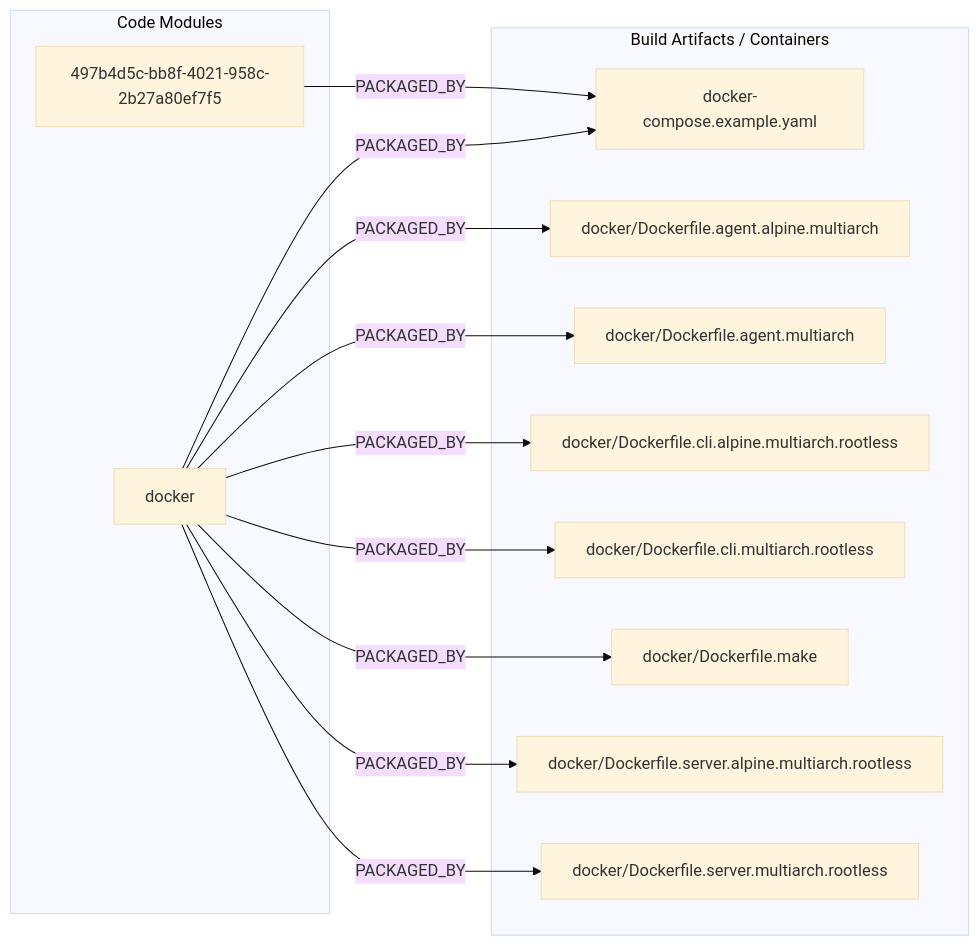
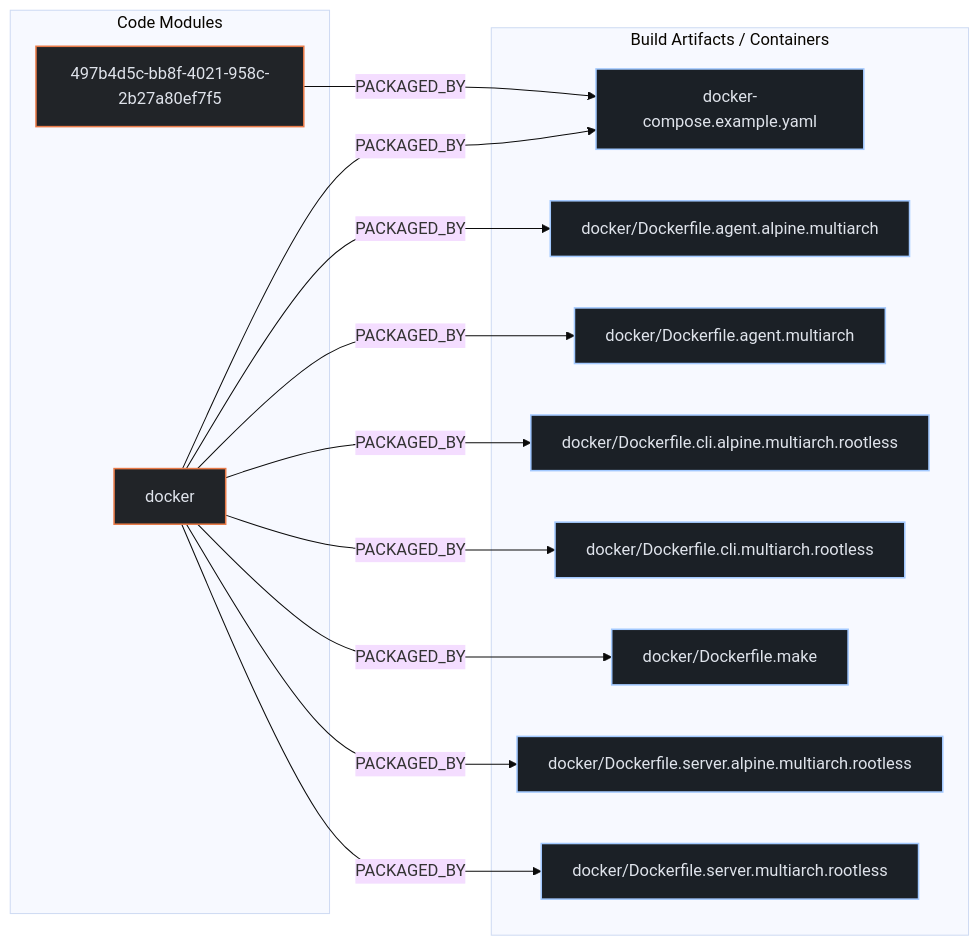
Before and after one commit to kumarshaz/atruss-code-atlas: the second of 3 diagrams in exports/latest/reports/woodpecker-ci-woodpecker-report.md, drawn with Mermaid (base theme). The commit also changed other lines of this file and 331 other files, not shown here.

Commit message:
docs,ui,fix: update SDLC docs, reorder CI/CD DAG first, stylize Mermaid, and fix Arc42 pipeline topology

````diff
--- a/exports/latest/reports/woodpecker-ci-woodpecker-report.md
+++ b/exports/latest/reports/woodpecker-ci-woodpecker-report.md
@@ -224,26 +231,30 @@
 ```mermaid
 flowchart LR
+    classDef atlasCategory fill:#212428,stroke:#E87A48,stroke-width:1.5px,color:#dfe3eb
+    classDef atlasWorkflow fill:#1b2026,stroke:#a3c9ff,stroke-width:1.5px,color:#dfe3eb
+    classDef atlasJob fill:#171c22,stroke:#8d9199,stroke-width:1px,color:#dfe3eb
+    classDef atlasTarget fill:#005227,stroke:#8bd99b,stroke-width:1.5px,color:#a7f6b6
     subgraph code_modules["Code Modules"]
-        mod_497b4d5c_bb8f_4021_958c_2b27a80ef7f5["497b4d5c-bb8f-4021-958c-2b27a80ef7f5"]
-        mod_docker["docker"]
+        mod_497b4d5c_bb8f_4021_958c_2b27a80ef7f5["497b4d5c-bb8f-4021-958c-2b27a80ef7f5"]:::atlasCategory
+        mod_docker["docker"]:::atlasCategory
     end
     subgraph build_artifacts["Build Artifacts / Containers"]
-        art_docker_compose_example_yaml["docker-compose.example.yaml"]
-        art_docker_Dockerfile_agent_alpine_multiarch["docker/Dockerfile.agent.alpine.multiarch"]
-        art_docker_Dockerfile_agent_multiarch["docker/Dockerfile.agent.multiarch"]
-        art_docker_Dockerfile_cli_alpine_multiarch_rootless["docker/Dockerfile.cli.alpine.multiarch.rootless"]
-        art_docker_Dockerfile_cli_multiarch_rootless["docker/Dockerfile.cli.multiarch.rootless"]
-        art_docker_Dockerfile_make["docker/Dockerfile.make"]
-        art_docker_Dockerfile_server_alpine_multiarch_rootless["docker/Dockerfile.server.alpine.multiarch.rootless"]
-        art_docker_Dockerfile_server_multiarch_rootless["docker/Dockerfile.server.multiarch.rootless"]
+        art_docker_compose_example_yaml["docker-compose.example.yaml"]:::atlasWorkflow
+        art_docker_Dockerfile_agent_alpine_multiarch["docker/Dockerfile.agent.alpine.multiarch"]:::atlasWorkflow
+        art_docker_Dockerfile_agent_multiarch["docker/Dockerfile.agent.multiarch"]:::atlasWorkflow
+        art_docker_Dockerfile_cli_alpine_multiarch_rootless["docker/Dockerfile.cli.alpine.multiarch.rootless"]:::atlasWorkflow
+        art_docker_Dockerfile_cli_multiarch_rootless["docker/Dockerfile.cli.multiarch.rootless"]:::atlasWorkflow
+        art_docker_Dockerfile_make["docker/Dockerfile.make"]:::atlasWorkflow
+        art_docker_Dockerfile_server_alpine_multiarch_rootless["docker/Dockerfile.server.alpine.multiarch.rootless"]:::atlasWorkflow
+        art_docker_Dockerfile_server_multiarch_rootless["docker/Dockerfile.server.multiarch.rootless"]:::atlasWorkflow
     end
     mod_497b4d5c_bb8f_4021_958c_2b27a80ef7f5 -->|PACKAGED_BY| art_docker_compose_example_yaml
     mod_docker -->|PACKAGED_BY| art_docker_compose_example_yaml
     mod_docker -->|PACKAGED_BY| art_docker_Dockerfile_agent_alpine_multiarch
     mod_docker -->|PACKAGED_BY| art_docker_Dockerfile_agent_multiarch
     mod_docker -->|PACKAGED_BY| art_docker_Dockerfile_cli_alpine_multiarch_rootless
     mod_docker -->|PACKAGED_BY| art_docker_Dockerfile_cli_multiarch_rootless
     mod_docker -->|PACKAGED_BY| art_docker_Dockerfile_make
     mod_docker -->|PACKAGED_BY| art_docker_Dockerfile_server_alpine_multiarch_rootless
     mod_docker -->|PACKAGED_BY| art_docker_Dockerfile_server_multiarch_rootless
 ```
````
